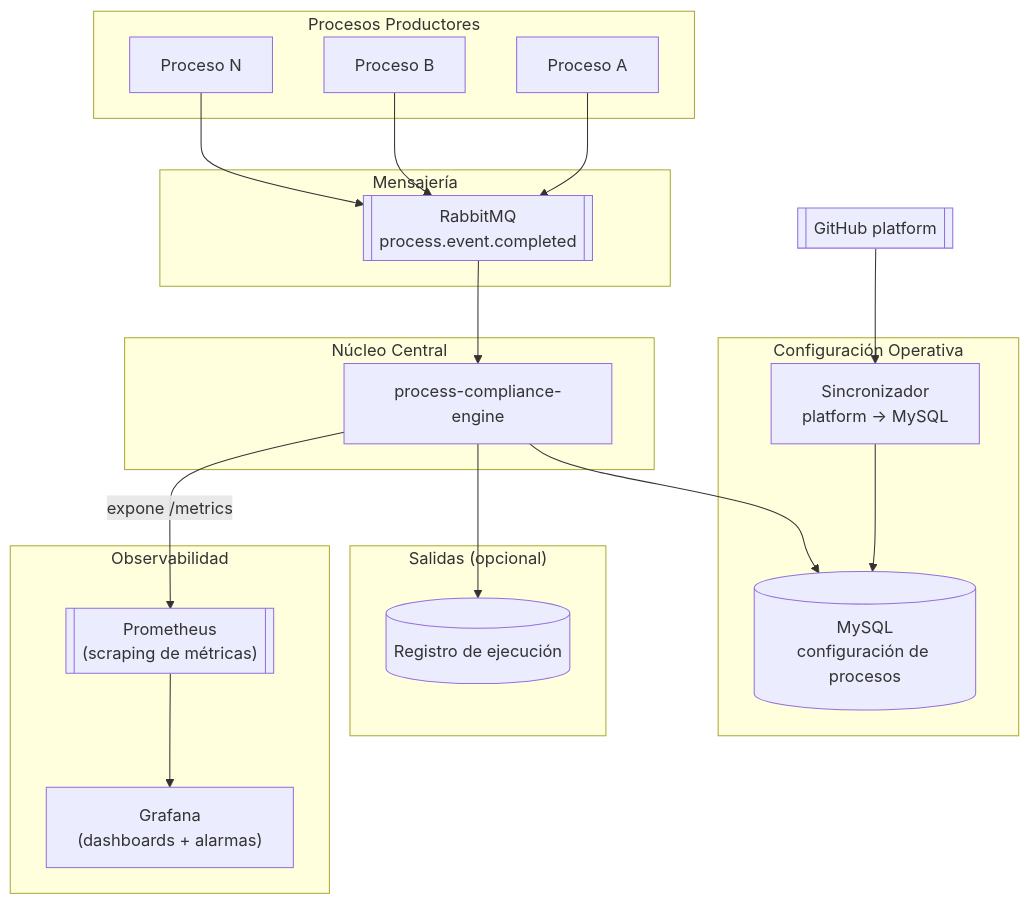
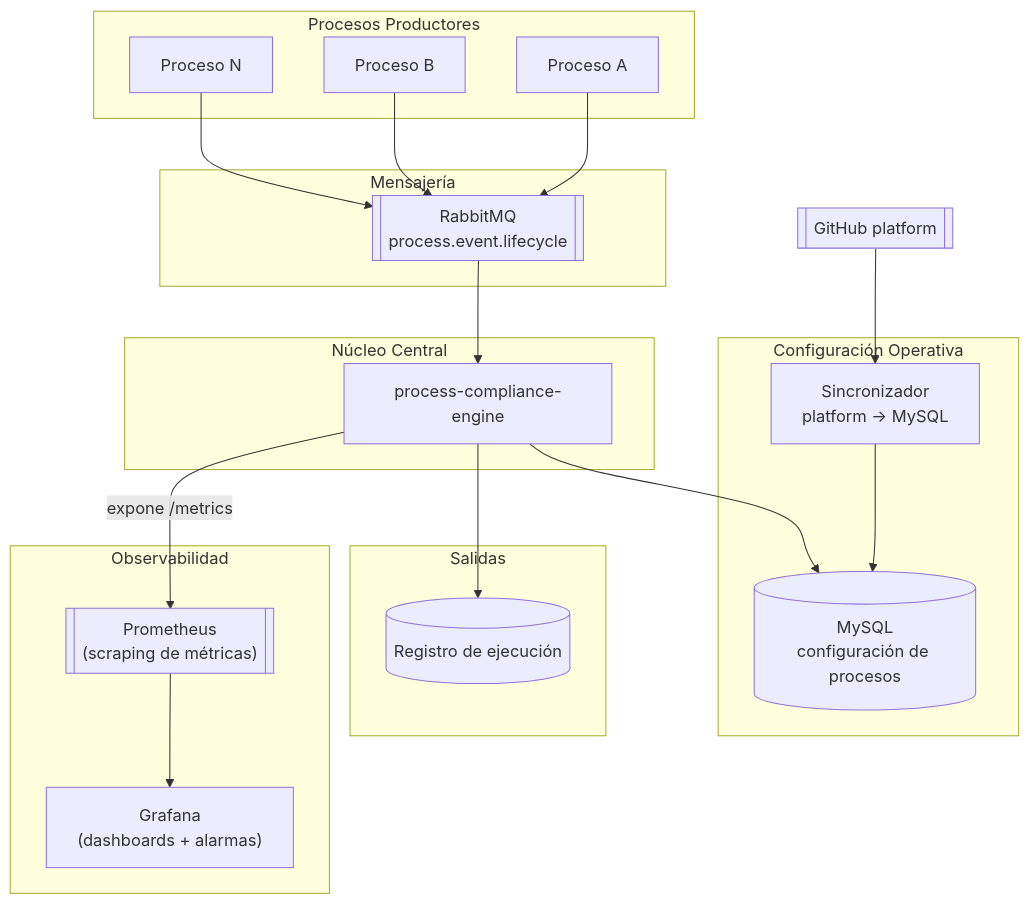
One commit to gomezandres/process-compliance-engine changed the diagram in custom_docs/process-compliance-engine.md. Above: the diagram before and after it, drawn with Mermaid. The commit also changed other lines of this file and 1 other file, not shown here.

````diff
--- a/custom_docs/process-compliance-engine.md
+++ b/custom_docs/process-compliance-engine.md
@@ -29,43 +31,43 @@
 ```mermaid
 flowchart TD
     subgraph Apps["Procesos Productores"]
         P1["Proceso A"]
         P2["Proceso B"]
         PN["Proceso N"]
     end
 
     subgraph MQ["Mensajería"]
-        RabbitMQ[["RabbitMQ\nprocess.event.completed"]]
+        RabbitMQ[["RabbitMQ\nprocess.event.lifecycle"]]
     end
 
     subgraph Core["Núcleo Central"]
         PSM["process-compliance-engine"]
     end
 
     subgraph Config["Configuración Operativa"]
         MySQL[("MySQL\nconfiguración de procesos")]
         Sync["Sincronizador\nplatform -> MySQL"]
     end
 
-    subgraph Out["Salidas (opcional)"]
+    subgraph Out["Salidas"]
         Registry[("Registro de ejecución")]
     end
 
     subgraph Observability["Observabilidad"]
         Prometheus[["Prometheus\n(scraping de métricas)"]]
         Grafana["Grafana\n(dashboards + alarmas)"]
     end
 
     Platform[["GitHub platform"]] --> Sync
     Sync --> MySQL
 
     P1 --> RabbitMQ
     P2 --> RabbitMQ
     PN --> RabbitMQ
 
     RabbitMQ --> PSM
     PSM --> MySQL
     PSM --> Registry
     PSM -- "expone /metrics" --> Prometheus
     Prometheus --> Grafana
 ```
````
